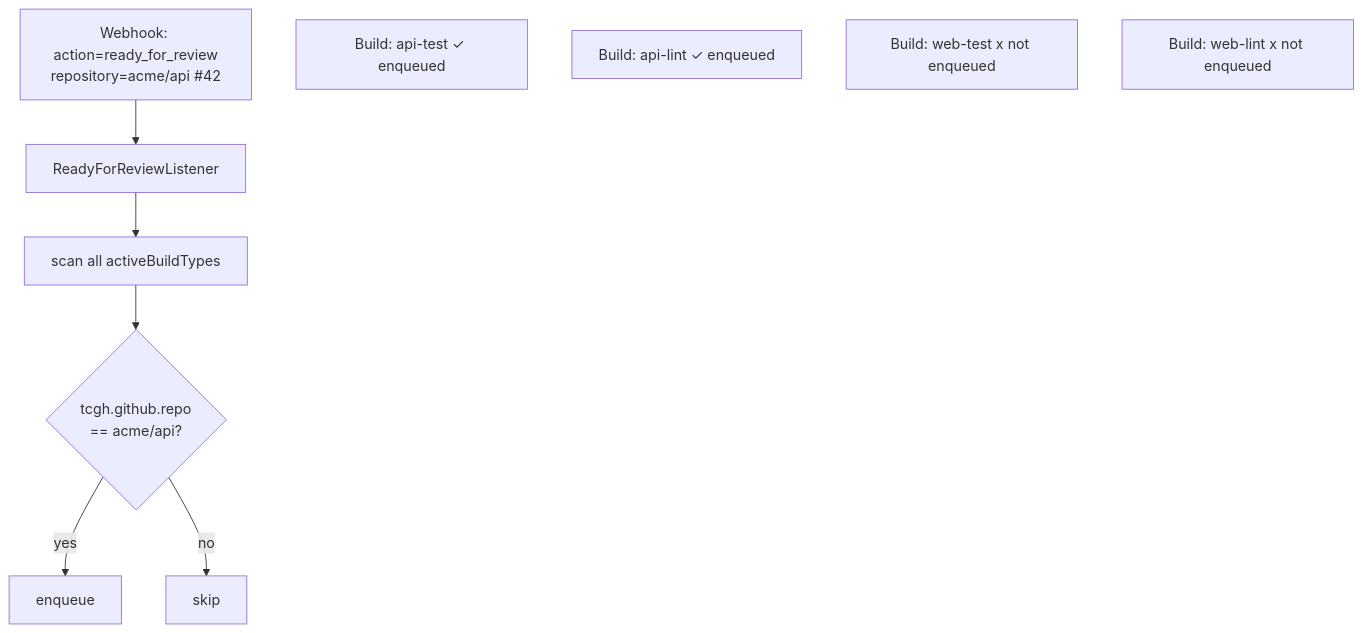
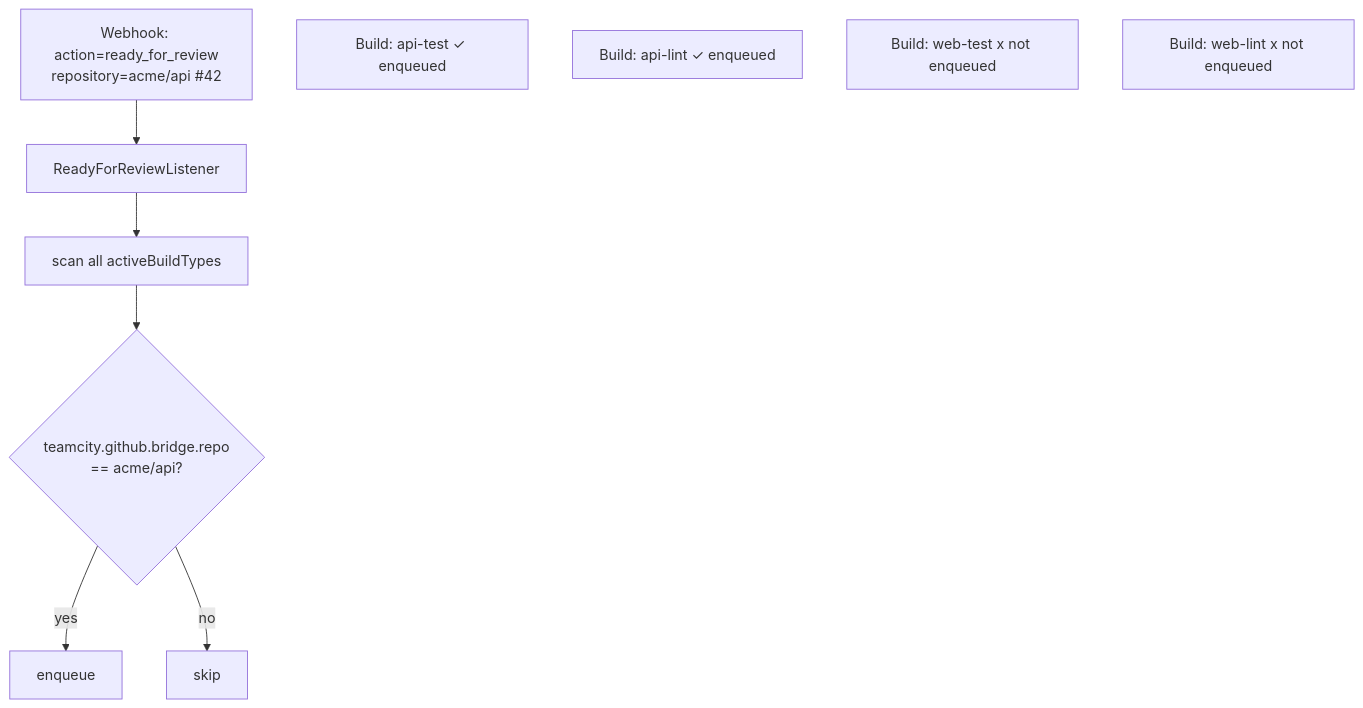
The fifth of 6 diagrams in doc/usage-scenarios.md (Silmaen/teamcity-github), drawn with Mermaid before and after one commit. The commit also changed other lines of this file and 29 other files, not shown here.

````diff
--- a/doc/usage-scenarios.md
+++ b/doc/usage-scenarios.md
@@ -242,13 +242,13 @@
 ```mermaid
 flowchart TD
     A[Webhook: action=ready_for_review<br/>repository=acme/api #42] --> B[ReadyForReviewListener]
     B --> C[scan all activeBuildTypes]
-    C --> D{tcgh.github.repo<br/>== acme/api?}
+    C --> D{teamcity.github.bridge.repo<br/>== acme/api?}
     D -->|yes| E[enqueue]
     D -->|no| F[skip]
 
     G[Build: api-test ✓ enqueued]
     H[Build: api-lint ✓ enqueued]
     I[Build: web-test x not enqueued]
     J[Build: web-lint x not enqueued]
 ```
````
